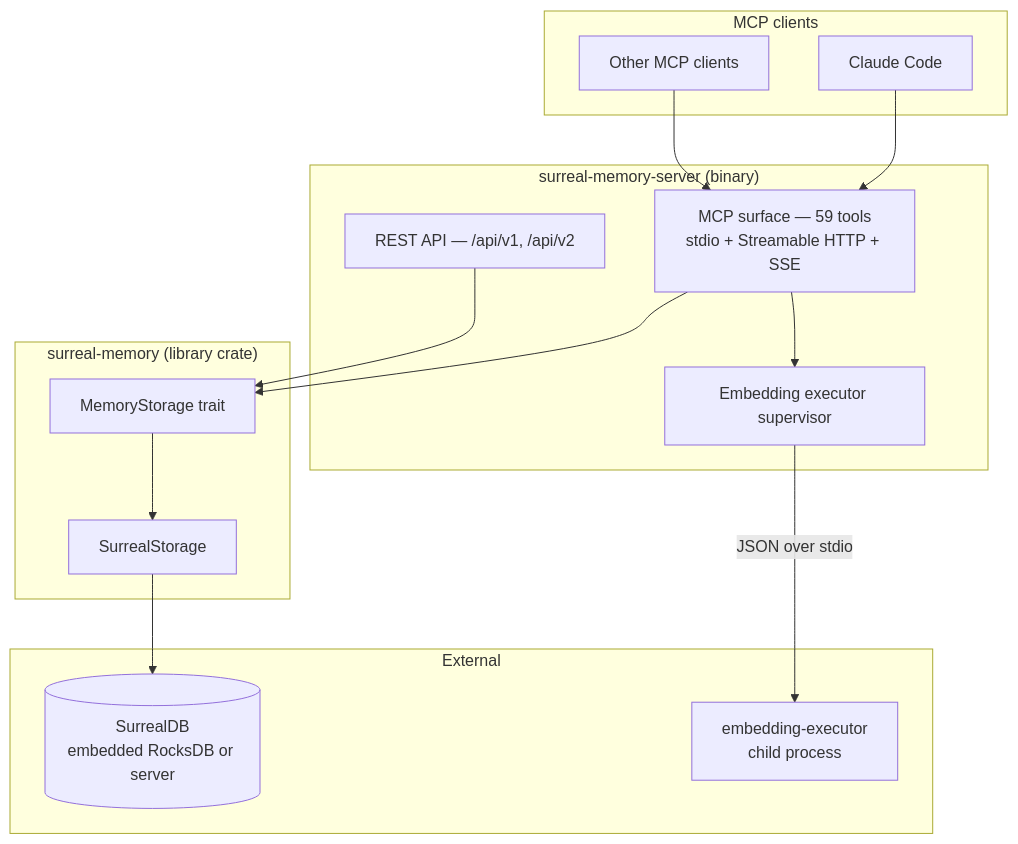
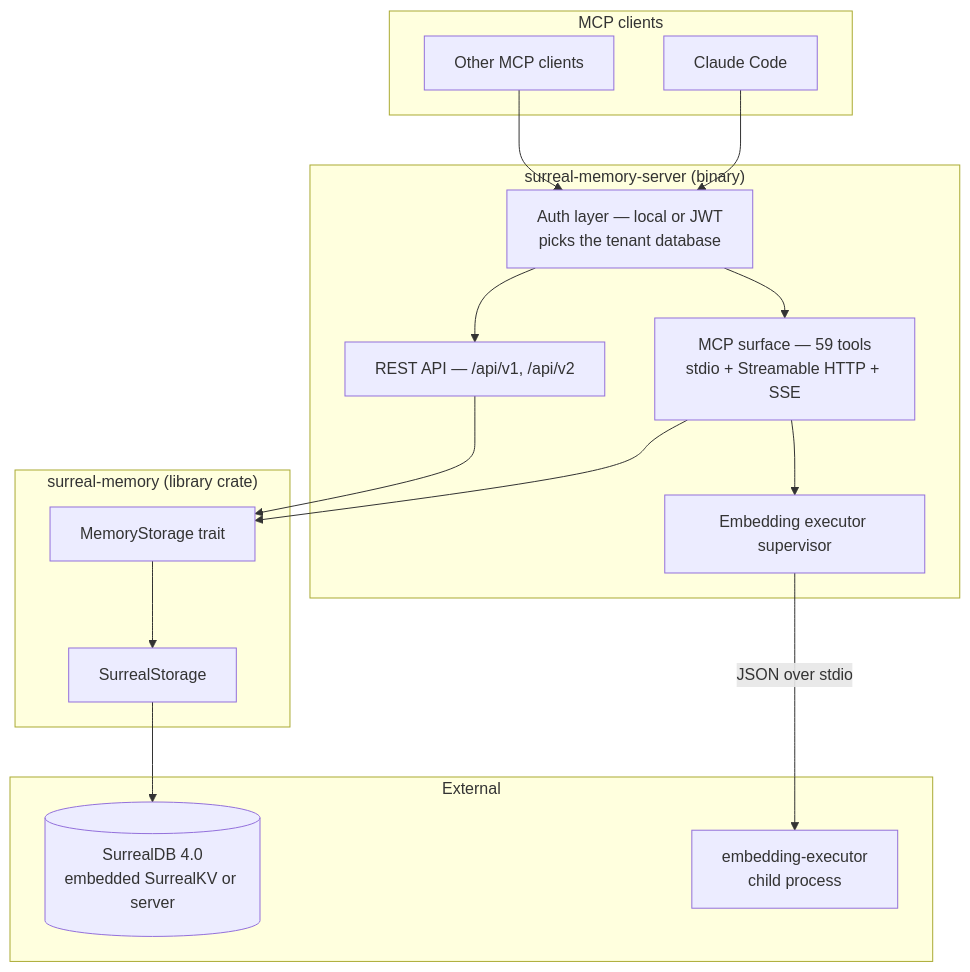
The diagram in website/docs/architecture/overview.md (Prometheus-AGS/surreal-memory-server), drawn with Mermaid before and after one commit. The commit also changed other lines of this file and 18 other files, not shown here.

````diff
--- a/website/docs/architecture/overview.md
+++ b/website/docs/architecture/overview.md
@@ -11,32 +11,35 @@
 ```mermaid
 flowchart TB
   subgraph clients["MCP clients"]
     CC["Claude Code"]
     OTHER["Other MCP clients"]
   end
 
   subgraph binary["surreal-memory-server (binary)"]
+    AUTH["Auth layer — local or JWT<br/>picks the tenant database"]
     MCP["MCP surface — 59 tools<br/>stdio + Streamable HTTP + SSE"]
     REST["REST API — /api/v1, /api/v2"]
     EXEC["Embedding executor supervisor"]
   end
 
   subgraph lib["surreal-memory (library crate)"]
     TRAIT["MemoryStorage trait"]
     IMPL["SurrealStorage"]
   end
 
   subgraph ext["External"]
-    DB[("SurrealDB<br/>embedded RocksDB or server")]
+    DB[("SurrealDB 4.0<br/>embedded SurrealKV or server")]
     CHILD["embedding-executor<br/>child process"]
   end
 
-  CC --> MCP
-  OTHER --> MCP
+  CC --> AUTH
+  OTHER --> AUTH
+  AUTH --> MCP
+  AUTH --> REST
   MCP --> TRAIT
   REST --> TRAIT
   TRAIT --> IMPL
   IMPL --> DB
   EXEC -->|JSON over stdio| CHILD
   MCP --> EXEC
 ```
````
